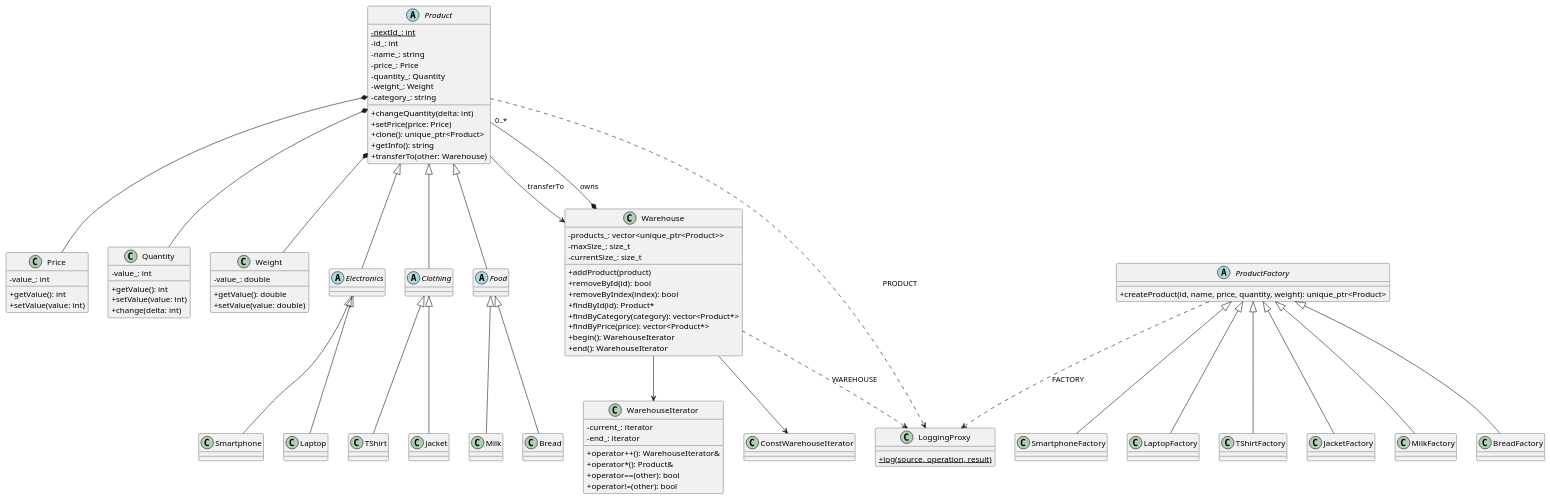
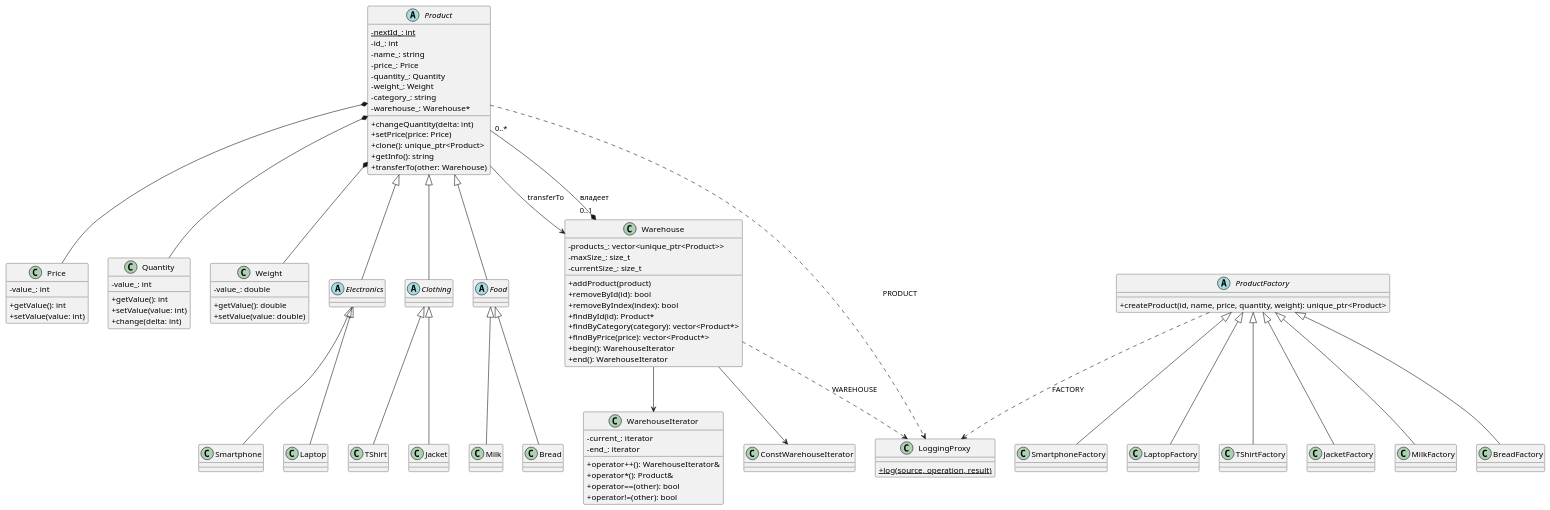
Before and after one commit to shoshkovs/warehouse-lab1: the diagram in docs/warehouse.puml, drawn with PlantUML. The commit also changed 9 other files, not shown here.

Commit message:
Add Russian laboratory report with UML and verified scenario results

```diff
--- a/docs/warehouse.puml
+++ b/docs/warehouse.puml
@@ -1,116 +1,117 @@
 @startuml
 skinparam classAttributeIconSize 0
 
 class Price {
   - value_: int
   + getValue(): int
   + setValue(value: int)
 }
 
 class Quantity {
   - value_: int
   + getValue(): int
   + setValue(value: int)
   + change(delta: int)
 }
 
 class Weight {
   - value_: double
   + getValue(): double
   + setValue(value: double)
 }
 
 abstract class Product {
   {static} - nextId_: int
   - id_: int
   - name_: string
   - price_: Price
   - quantity_: Quantity
   - weight_: Weight
   - category_: string
+  - warehouse_: Warehouse*
   + changeQuantity(delta: int)
   + setPrice(price: Price)
   + clone(): unique_ptr<Product>
   + getInfo(): string
   + transferTo(other: Warehouse)
 }
 
 abstract class Electronics
 abstract class Clothing
 abstract class Food
 class Smartphone
 class Laptop
 class TShirt
 class Jacket
 class Milk
 class Bread
 
 Product <|-- Electronics
 Product <|-- Clothing
 Product <|-- Food
 Electronics <|-- Smartphone
 Electronics <|-- Laptop
 Clothing <|-- TShirt
 Clothing <|-- Jacket
 Food <|-- Milk
 Food <|-- Bread
 
 Product *-- Price
 Product *-- Quantity
 Product *-- Weight
 
 abstract class ProductFactory {
   + createProduct(id, name, price, quantity, weight): unique_ptr<Product>
 }
 class SmartphoneFactory
 class LaptopFactory
 class TShirtFactory
 class JacketFactory
 class MilkFactory
 class BreadFactory
 
 ProductFactory <|-- SmartphoneFactory
 ProductFactory <|-- LaptopFactory
 ProductFactory <|-- TShirtFactory
 ProductFactory <|-- JacketFactory
 ProductFactory <|-- MilkFactory
 ProductFactory <|-- BreadFactory
 
 class Warehouse {
   - products_: vector<unique_ptr<Product>>
   - maxSize_: size_t
   - currentSize_: size_t
   + addProduct(product)
   + removeById(id): bool
   + removeByIndex(index): bool
   + findById(id): Product*
   + findByCategory(category): vector<Product*>
   + findByPrice(price): vector<Product*>
   + begin(): WarehouseIterator
   + end(): WarehouseIterator
 }
 
 class WarehouseIterator {
   - current_: iterator
   - end_: iterator
   + operator++(): WarehouseIterator&
   + operator*(): Product&
   + operator==(other): bool
   + operator!=(other): bool
 }
 
 class ConstWarehouseIterator
 
-Warehouse *-- "0..*" Product : owns
+Warehouse "0..1" *-- "0..*" Product : владеет
 Warehouse --> WarehouseIterator
 Warehouse --> ConstWarehouseIterator
 Product --> Warehouse : transferTo
 
 class LoggingProxy {
   {static} + log(source, operation, result)
 }
 
 Warehouse ..> LoggingProxy : WAREHOUSE
 Product ..> LoggingProxy : PRODUCT
 ProductFactory ..> LoggingProxy : FACTORY
 @enduml
```
